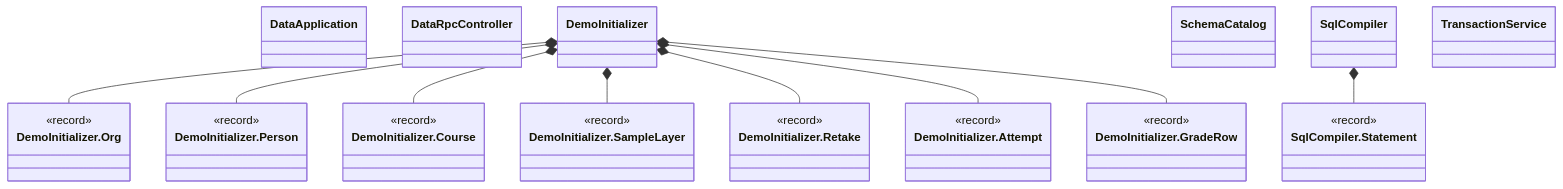
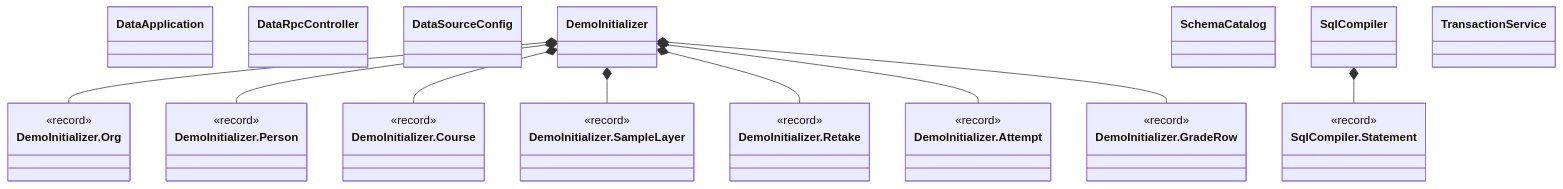
Before and after one commit to AlexLiong/grade-management-system: the fourth of 5 diagrams in docs/class-diagrams.md, drawn with Mermaid. The commit also changed other lines of this file and 17 other files, not shown here.

````diff
--- a/docs/class-diagrams.md
+++ b/docs/class-diagrams.md
@@ -97,33 +101,34 @@
 ```mermaid
 classDiagram
     class DataApplication["DataApplication"]
     class DataRpcController["DataRpcController"]
+    class DataSourceConfig["DataSourceConfig"]
     class DemoInitializer["DemoInitializer"]
     class DemoInitializer_Org["DemoInitializer.Org"]
     <<record>> DemoInitializer_Org
     DemoInitializer *-- DemoInitializer_Org
     class DemoInitializer_Person["DemoInitializer.Person"]
     <<record>> DemoInitializer_Person
     DemoInitializer *-- DemoInitializer_Person
     class DemoInitializer_Course["DemoInitializer.Course"]
     <<record>> DemoInitializer_Course
     DemoInitializer *-- DemoInitializer_Course
     class DemoInitializer_SampleLayer["DemoInitializer.SampleLayer"]
     <<record>> DemoInitializer_SampleLayer
     DemoInitializer *-- DemoInitializer_SampleLayer
     class DemoInitializer_Retake["DemoInitializer.Retake"]
     <<record>> DemoInitializer_Retake
     DemoInitializer *-- DemoInitializer_Retake
     class DemoInitializer_Attempt["DemoInitializer.Attempt"]
     <<record>> DemoInitializer_Attempt
     DemoInitializer *-- DemoInitializer_Attempt
     class DemoInitializer_GradeRow["DemoInitializer.GradeRow"]
     <<record>> DemoInitializer_GradeRow
     DemoInitializer *-- DemoInitializer_GradeRow
     class SchemaCatalog["SchemaCatalog"]
     class SqlCompiler["SqlCompiler"]
     class SqlCompiler_Statement["SqlCompiler.Statement"]
     <<record>> SqlCompiler_Statement
     SqlCompiler *-- SqlCompiler_Statement
     class TransactionService["TransactionService"]
 ```
````
